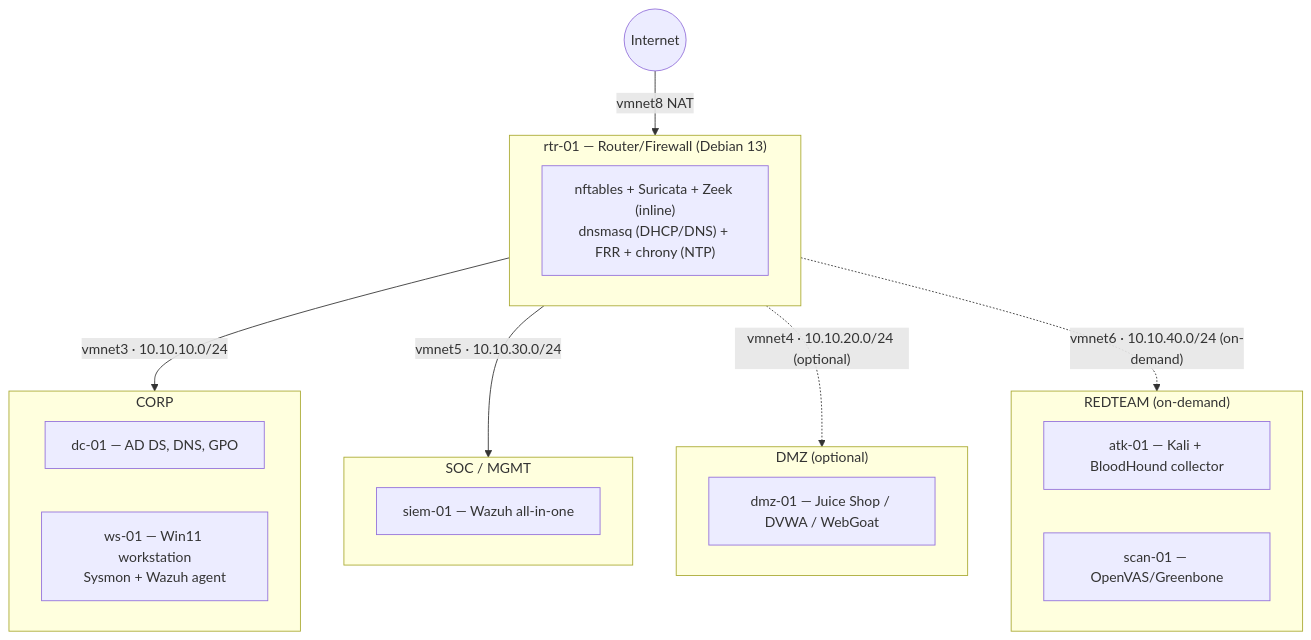
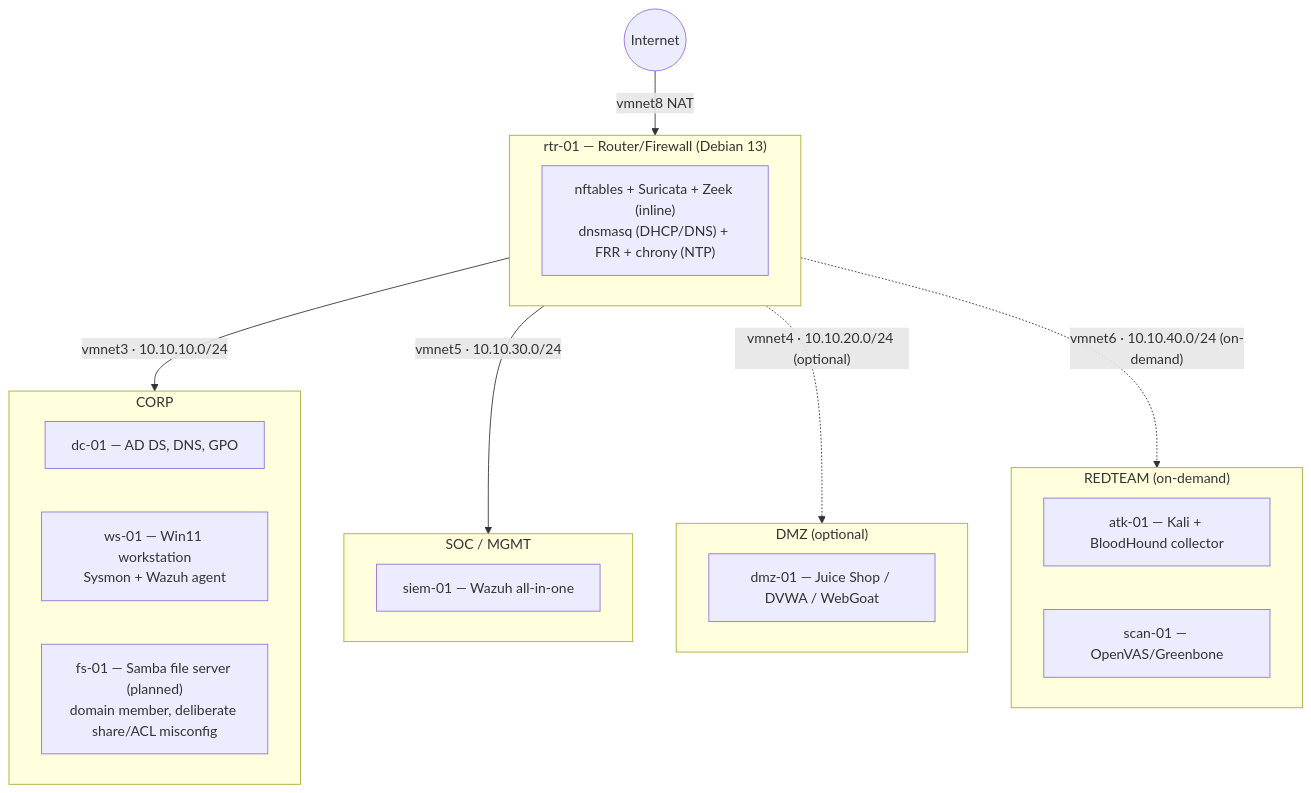
The diagram in README.md (tohudgins/Homelab), drawn with Mermaid before and after one commit. The commit also changed 2 other files, not shown here.

Commit message:
Plan fs-01: domain-joined Samba file server for Phase 5
dc-01 + ws-01 alone is too thin an AD to produce an interesting
BloodHound attack path. fs-01 is a planned addition (not built yet) —
a Samba member server on CORP with deliberately weak share/ACL config
to give Phase 5 real lateral movement to find.

````diff
--- a/README.md
+++ b/README.md
@@ -9,28 +9,30 @@
 ```mermaid
 flowchart TB
     WAN(("Internet")) -->|vmnet8 NAT| RTR
     subgraph RTR["rtr-01 — Router/Firewall (Debian 13)"]
         FW["nftables + Suricata + Zeek (inline)
 dnsmasq (DHCP/DNS) + FRR + chrony (NTP)"]
     end
     RTR -->|"vmnet3 · 10.10.10.0/24"| CORP
     RTR -->|"vmnet5 · 10.10.30.0/24"| SOC
     RTR -.->|"vmnet4 · 10.10.20.0/24 (optional)"| DMZ
     RTR -.->|"vmnet6 · 10.10.40.0/24 (on-demand)"| RED
 
     subgraph CORP["CORP"]
         DC["dc-01 — AD DS, DNS, GPO"]
         WS["ws-01 — Win11 workstation
 Sysmon + Wazuh agent"]
+        FS["fs-01 — Samba file server (planned)
+domain member, deliberate share/ACL misconfig"]
     end
     subgraph SOC["SOC / MGMT"]
         SIEM["siem-01 — Wazuh all-in-one"]
     end
     subgraph DMZ["DMZ (optional)"]
         DMZH["dmz-01 — Juice Shop / DVWA / WebGoat"]
     end
     subgraph RED["REDTEAM (on-demand)"]
         ATK["atk-01 — Kali + BloodHound collector"]
         SCAN["scan-01 — OpenVAS/Greenbone"]
     end
 ```
````
